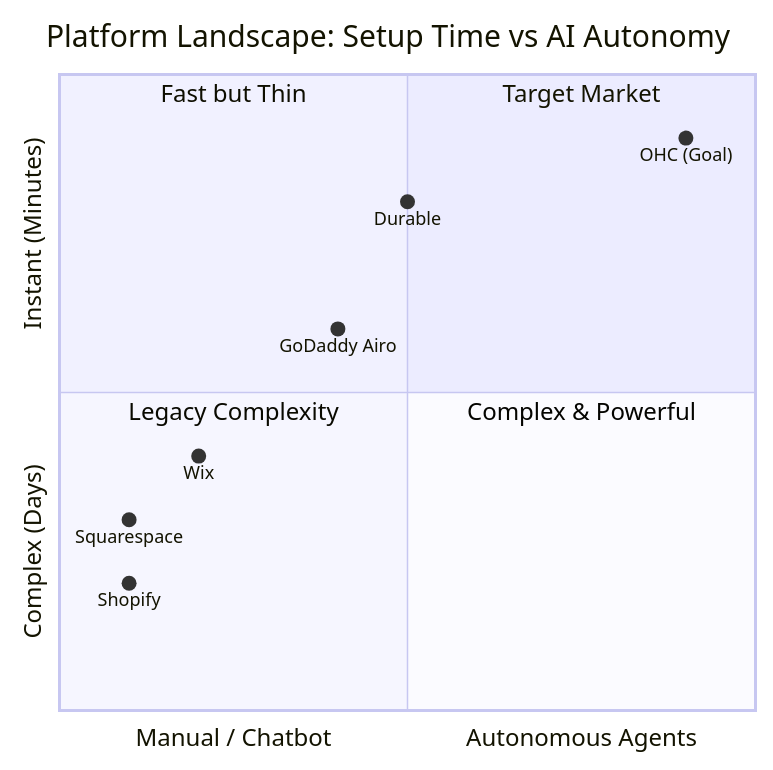
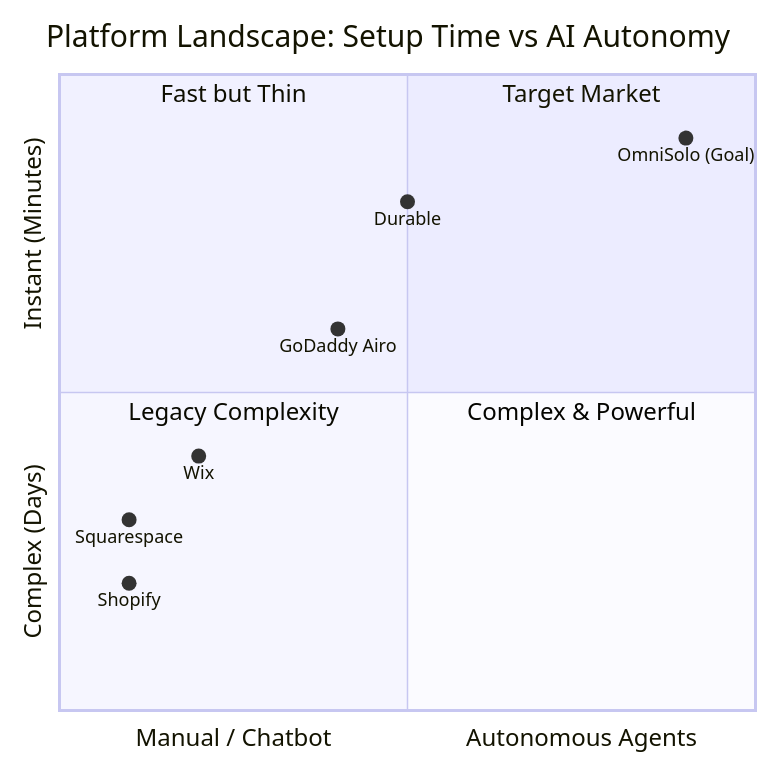
Before and after one commit to omnisolo-llc/onehumancorp: the first of 2 diagrams in docs/research/[research]_autonomous_background_agents_for_operations.md, drawn with Mermaid. The commit also changed other lines of this file and 2191 other files, not shown here.

Commit message:
feat: complete OmniSolo rename and browser audit

````diff
--- a/docs/research/[research]_autonomous_background_agents_for_operations.md
+++ b/docs/research/[research]_autonomous_background_agents_for_operations.md
@@ -41,16 +41,16 @@
 ```mermaid
 quadrantChart
     title Platform Landscape: Setup Time vs AI Autonomy
     x-axis "Manual / Chatbot" --> "Autonomous Agents"
     y-axis "Complex (Days)" --> "Instant (Minutes)"
     quadrant-1 "Target Market"
     quadrant-2 "Fast but Thin"
     quadrant-3 "Legacy Complexity"
     quadrant-4 "Complex & Powerful"
     "Shopify": [0.1, 0.2]
     "Wix": [0.2, 0.4]
     "Squarespace": [0.1, 0.3]
     "GoDaddy Airo": [0.4, 0.6]
     "Durable": [0.5, 0.8]
-    "OHC (Goal)": [0.9, 0.9]
+    "OmniSolo (Goal)": [0.9, 0.9]
 ```
````
